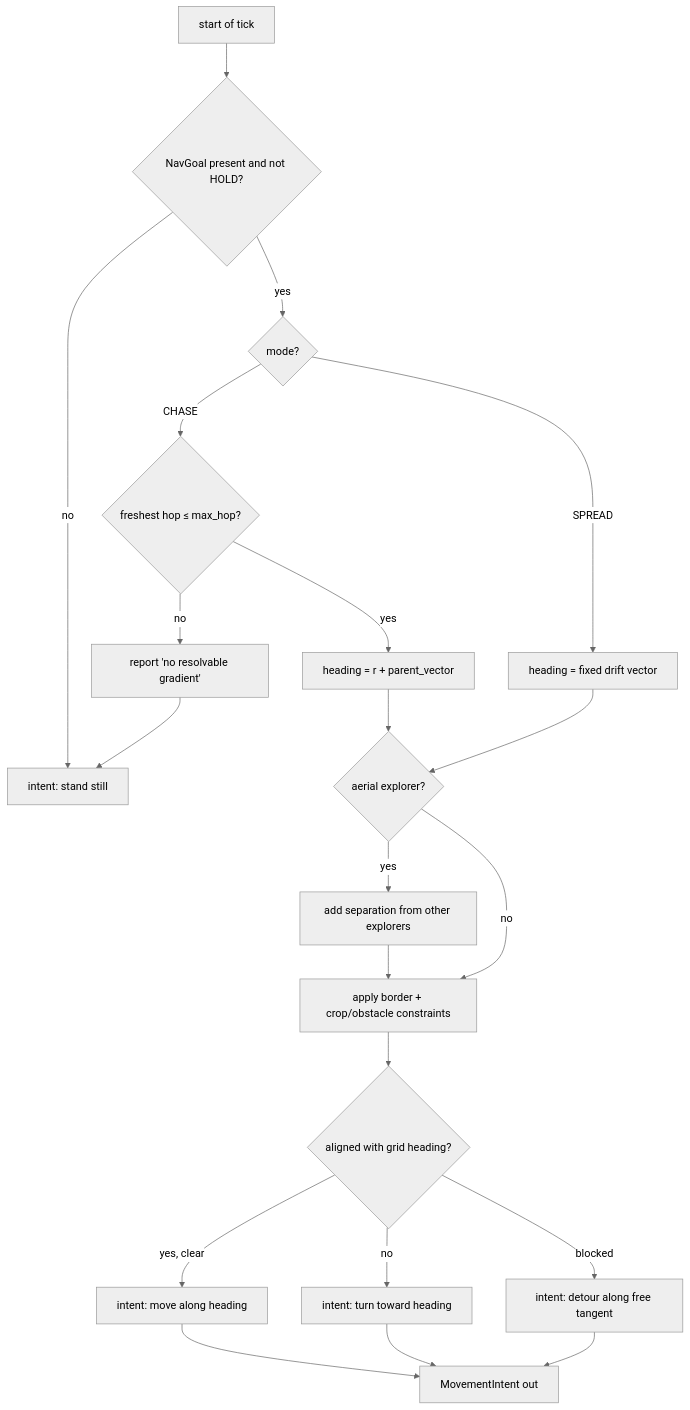
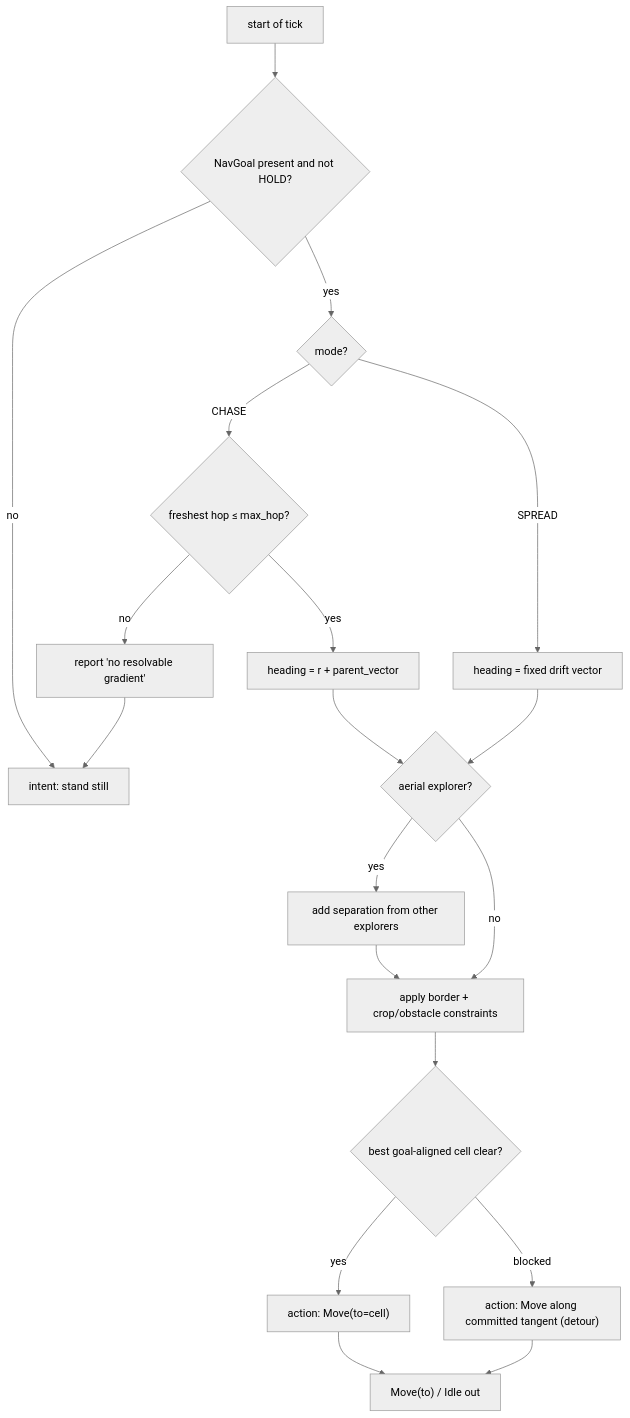
The sixth of 8 diagrams in docs/navigation-module.md (TychoGrapendaal/JIP_Swarm_Field), drawn with Mermaid (neutral theme) before and after one commit. The commit also changed other lines of this file and 8 other files, not shown here.

````diff
--- a/docs/navigation-module.md
+++ b/docs/navigation-module.md
@@ -338,23 +338,21 @@
 ```mermaid
 flowchart TB
     S["start of tick"] --> RG{"NavGoal present and not HOLD?"}
     RG -- "no" --> HI["intent: stand still"]
     RG -- "yes" --> SG{"mode?"}
     SG -- "CHASE" --> HF{"freshest hop ≤ max_hop?"}
     HF -- "no" --> NR["report 'no resolvable gradient'"]
     NR --> HI
     HF -- "yes" --> CH["heading = r + parent_vector"]
     SG -- "SPREAD" --> SD["heading = fixed drift vector"]
     SD --> SEP{"aerial explorer?"}
     CH --> SEP
     SEP -- "yes" --> AV["add separation from other explorers"]
     SEP -- "no" --> B
     AV --> B["apply border + crop/obstacle constraints"]
-    B --> AL{"aligned with grid heading?"}
-    AL -- "yes, clear" --> MV["intent: move along heading"]
-    AL -- "no" --> TN["intent: turn toward heading"]
-    AL -- "blocked" --> DT["intent: detour along free tangent"]
-    MV --> O["MovementIntent out"]
-    TN --> O
+    B --> AL{"best goal-aligned cell clear?"}
+    AL -- "yes" --> MV["action: Move(to=cell)"]
+    AL -- "blocked" --> DT["action: Move along committed tangent (detour)"]
+    MV --> O["Move(to) / Idle out"]
     DT --> O
 ```
````
